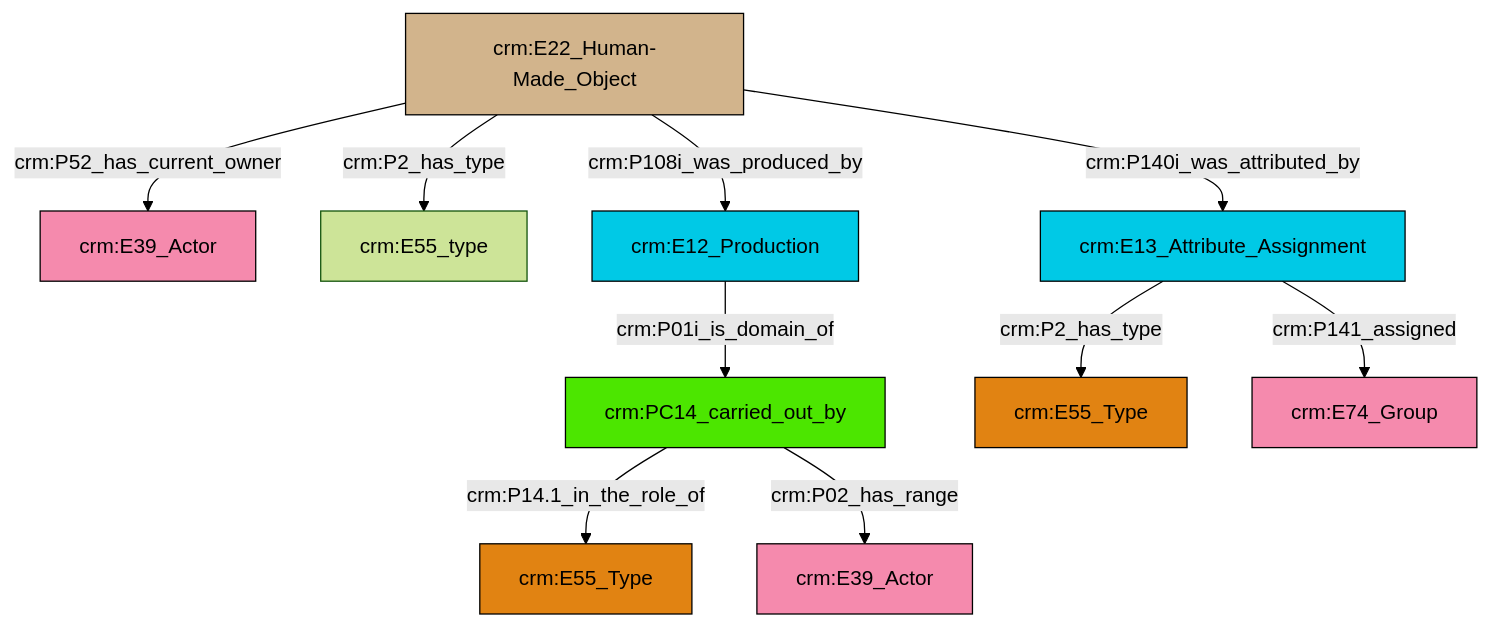
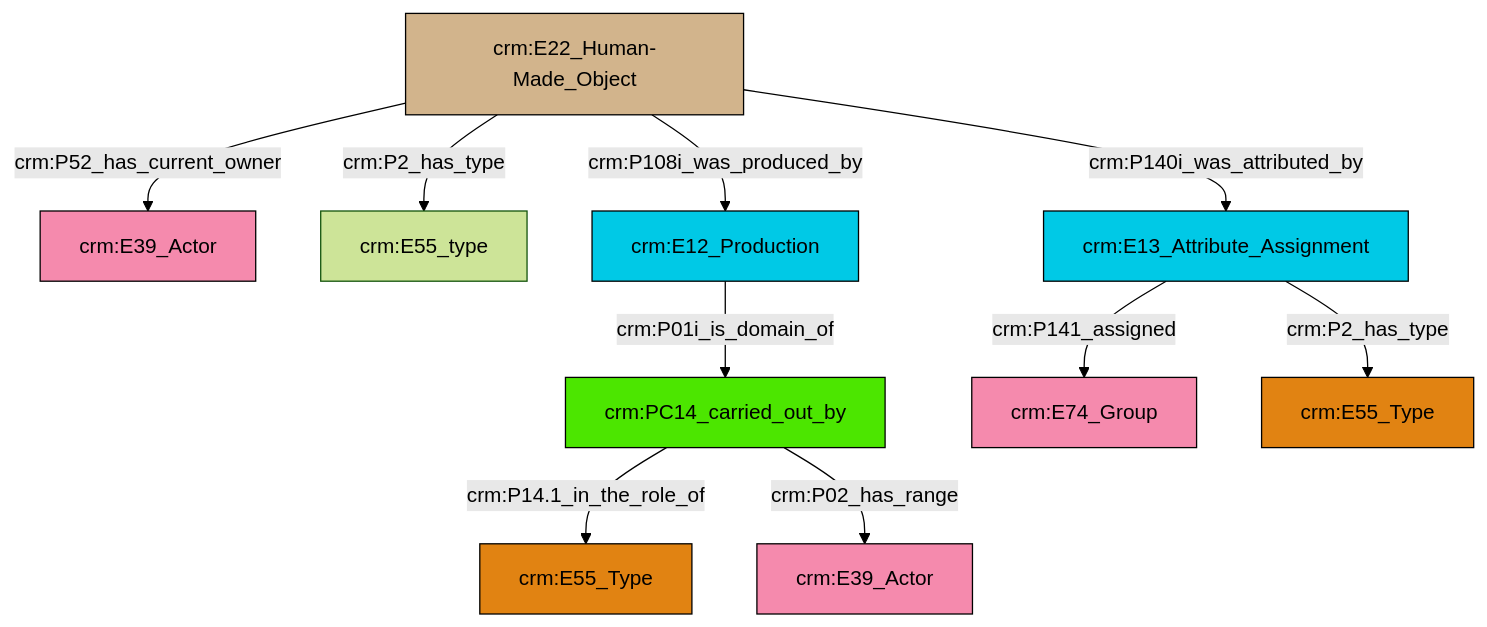
The diagram in et/builtWorkCSV/ttl/mmd/Built_Work_actor_relations.ttl.mmd (swiss-art-research-net/reference-data-models), drawn with Mermaid (forest theme) before and after one commit. The commit also changed 127 other files, not shown here.

```diff
--- a/et/builtWorkCSV/ttl/mmd/Built_Work_actor_relations.ttl.mmd
+++ b/et/builtWorkCSV/ttl/mmd/Built_Work_actor_relations.ttl.mmd
@@ -1,24 +1,24 @@
 graph TD
 classDef Literal fill:#f2f2f2,stroke:#000000;
 classDef CRM_Entity fill:#FFFFFF,stroke:#000000;
 classDef Temporal_Entity fill:#00C9E6, stroke:#000000;
 classDef Type fill:#E18312, stroke:#000000;
 classDef Time-Span fill:#2C9C91, stroke:#000000;
 classDef Appellation fill:#FFEB7F, stroke:#000000;
 classDef Place fill:#008836, stroke:#000000;
 classDef Persistent_Item fill:#B266B2, stroke:#000000;
 classDef Conceptual_Object fill:#FFD700, stroke:#000000;
 classDef Physical_Thing fill:#D2B48C, stroke:#000000;
 classDef Actor fill:#f58aad, stroke:#000000;
 classDef PC_Classes fill:#4ce600, stroke:#000000;
 classDef Multi fill:#cccccc,stroke:#000000;
 
-0["crm:PC14_carried_out_by"]:::PC_Classes -->|crm:P14.1_in_the_role_of| 1["crm:E55_Type"]:::Type
-0["crm:PC14_carried_out_by"]:::PC_Classes -->|crm:P02_has_range| 11["crm:E39_Actor"]:::Actor
-6["crm:E22_Human-Made_Object"]:::Physical_Thing -->|crm:P2_has_type| 12["crm:E55_type"]:::Default
-13["crm:E12_Production"]:::Temporal_Entity -->|crm:P01i_is_domain_of| 0["crm:PC14_carried_out_by"]:::PC_Classes
-14["crm:E13_Attribute_Assignment"]:::Temporal_Entity -->|crm:P141_assigned| 8["crm:E74_Group"]:::Actor
-6["crm:E22_Human-Made_Object"]:::Physical_Thing -->|crm:P140i_was_attributed_by| 14["crm:E13_Attribute_Assignment"]:::Temporal_Entity
-6["crm:E22_Human-Made_Object"]:::Physical_Thing -->|crm:P108i_was_produced_by| 13["crm:E12_Production"]:::Temporal_Entity
-6["crm:E22_Human-Made_Object"]:::Physical_Thing -->|crm:P52_has_current_owner| 4["crm:E39_Actor"]:::Actor
-14["crm:E13_Attribute_Assignment"]:::Temporal_Entity -->|crm:P2_has_type| 2["crm:E55_Type"]:::Type
+10["crm:E13_Attribute_Assignment"]:::Temporal_Entity -->|crm:P2_has_type| 11["crm:E55_Type"]:::Type
+12["crm:E22_Human-Made_Object"]:::Physical_Thing -->|crm:P52_has_current_owner| 4["crm:E39_Actor"]:::Actor
+10["crm:E13_Attribute_Assignment"]:::Temporal_Entity -->|crm:P141_assigned| 6["crm:E74_Group"]:::Actor
+12["crm:E22_Human-Made_Object"]:::Physical_Thing -->|crm:P140i_was_attributed_by| 10["crm:E13_Attribute_Assignment"]:::Temporal_Entity
+12["crm:E22_Human-Made_Object"]:::Physical_Thing -->|crm:P2_has_type| 8["crm:E55_type"]:::Default
+0["crm:PC14_carried_out_by"]:::PC_Classes -->|crm:P14.1_in_the_role_of| 19["crm:E55_Type"]:::Type
+17["crm:E12_Production"]:::Temporal_Entity -->|crm:P01i_is_domain_of| 0["crm:PC14_carried_out_by"]:::PC_Classes
+12["crm:E22_Human-Made_Object"]:::Physical_Thing -->|crm:P108i_was_produced_by| 17["crm:E12_Production"]:::Temporal_Entity
+0["crm:PC14_carried_out_by"]:::PC_Classes -->|crm:P02_has_range| 2["crm:E39_Actor"]:::Actor
```
